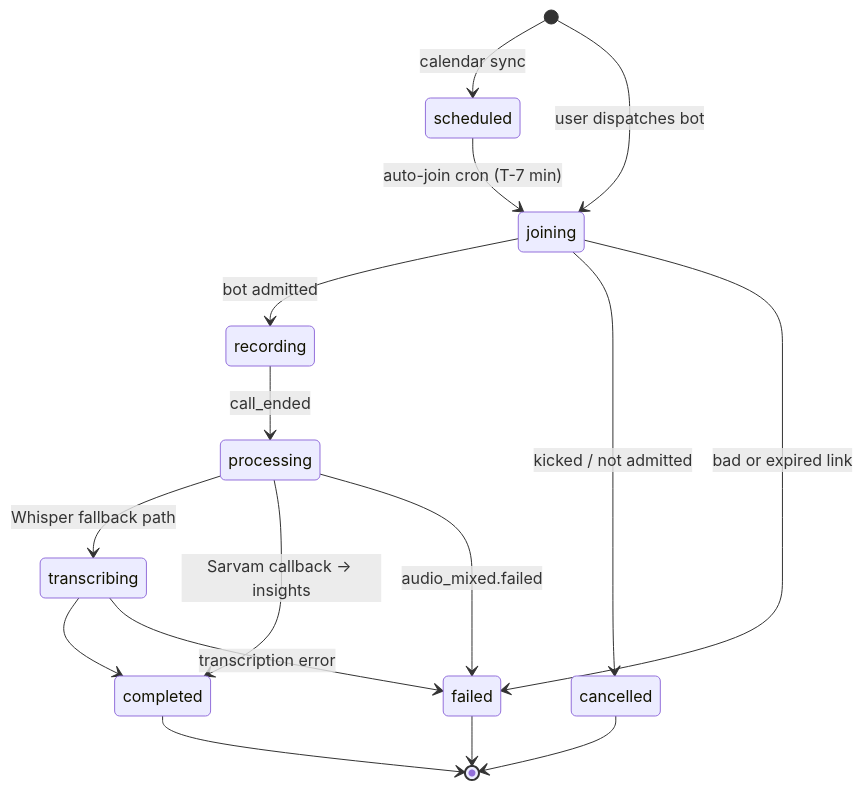
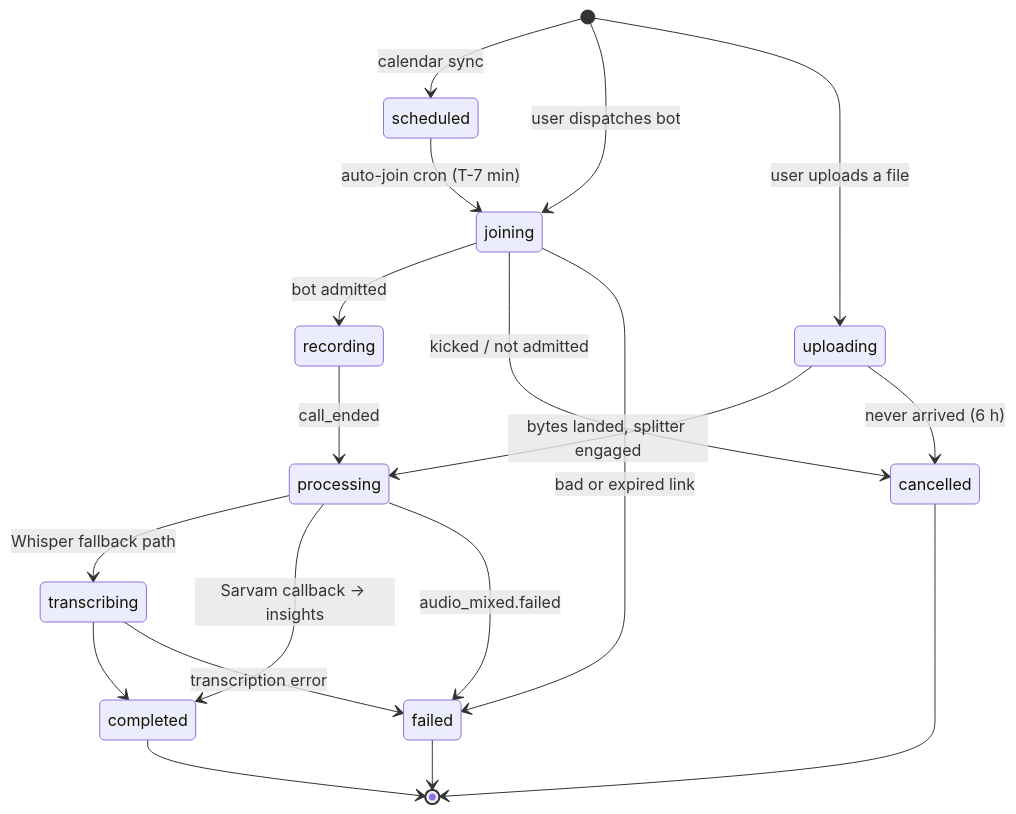
The second of 2 diagrams in docs/architecture.md (AmaanBarmare/echobrief), drawn with Mermaid before and after one commit. The commit also changed other lines of this file and 2 other files, not shown here.

````diff
--- a/docs/architecture.md
+++ b/docs/architecture.md
@@ -87,21 +87,25 @@
 ```mermaid
 stateDiagram-v2
     [*] --> scheduled: calendar sync
     [*] --> joining: user dispatches bot
+    [*] --> uploading: user uploads a file
+
+    uploading --> processing: bytes landed, splitter engaged
+    uploading --> cancelled: never arrived (6 h)
 
     scheduled --> joining: auto-join cron (T-7 min)
     joining --> recording: bot admitted
     joining --> cancelled: kicked / not admitted
     joining --> failed: bad or expired link
 
     recording --> processing: call_ended
     processing --> transcribing: Whisper fallback path
     processing --> completed: Sarvam callback → insights
     transcribing --> completed
     processing --> failed: audio_mixed.failed
     transcribing --> failed: transcription error
 
     completed --> [*]
     failed --> [*]
     cancelled --> [*]
 ```
````
